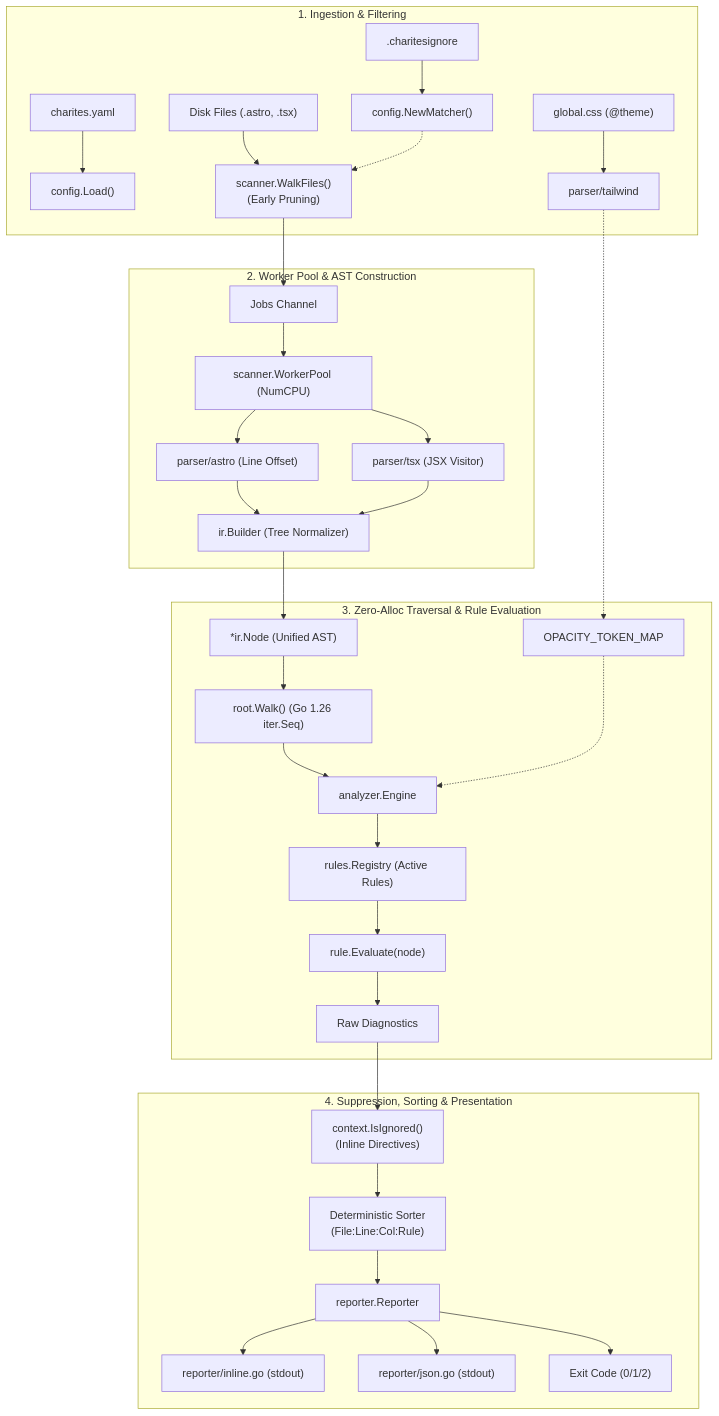
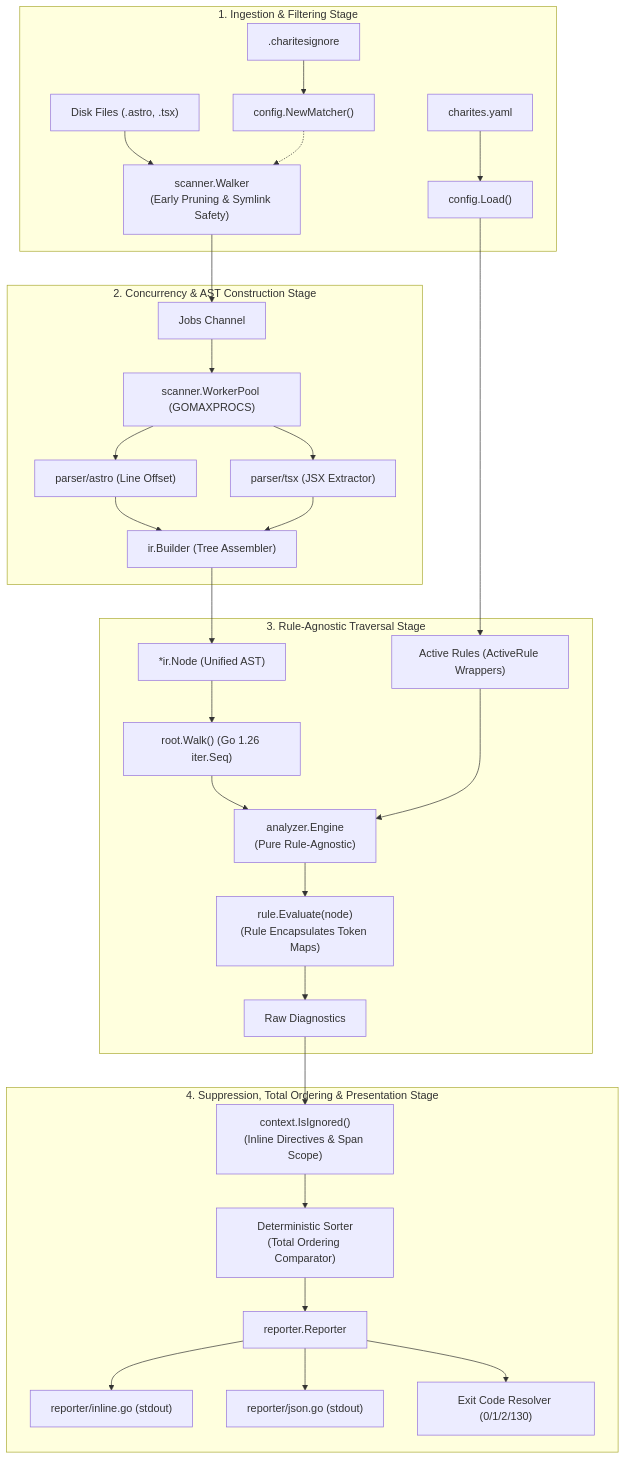
The diagram in docs/02-architecture/06-golden.md (will2469/charites), drawn with Mermaid before and after one commit. The commit also changed other lines of this file and 4 other files, not shown here.

Commit message:
docs(golden): calibrate Phase 6 canonical schema, runtime metadata isolation, and staged pipeline

````diff
--- a/docs/02-architecture/06-golden.md
+++ b/docs/02-architecture/06-golden.md
@@ -16,50 +17,47 @@
 ```mermaid
 flowchart TD
-    subgraph Disk_Ingestion ["1. Ingestion & Filtering"]
+    subgraph Stage1 ["1. Ingestion & Filtering Stage"]
         Files["Disk Files (.astro, .tsx)"]
-        CSS["global.css (@theme)"]
         YAML["charites.yaml"]
         Ignore[".charitesignore"]
 
         YAML --> ConfigEngine["config.Load()"]
         Ignore --> Matcher["config.NewMatcher()"]
-        CSS --> TokenExtractor["parser/tailwind"]
 
-        Files --> Walker["scanner.WalkFiles()\n(Early Pruning)"]
+        Files --> Walker["scanner.Walker\n(Early Pruning & Symlink Safety)"]
         Matcher -.-> Walker
     end
 
-    subgraph Concurrency_Execution ["2. Worker Pool & AST Construction"]
+    subgraph Stage2 ["2. Concurrency & AST Construction Stage"]
         Walker --> JobsQueue["Jobs Channel"]
-        JobsQueue --> Pool["scanner.WorkerPool (NumCPU)"]
+        JobsQueue --> Pool["scanner.WorkerPool (GOMAXPROCS)"]
 
         Pool --> AstroParse["parser/astro (Line Offset)"]
-        Pool --> TSXParse["parser/tsx (JSX Visitor)"]
+        Pool --> TSXParse["parser/tsx (JSX Extractor)"]
 
-        AstroParse --> IRBuilder["ir.Builder (Tree Normalizer)"]
+        AstroParse --> IRBuilder["ir.Builder (Tree Assembler)"]
         TSXParse --> IRBuilder
     end
 
-    subgraph Evaluation_Engine ["3. Zero-Alloc Traversal & Rule Evaluation"]
+    subgraph Stage3 ["3. Rule-Agnostic Traversal Stage"]
         IRBuilder --> Tree["*ir.Node (Unified AST)"]
         Tree --> Iterator["root.Walk() (Go 1.26 iter.Seq)"]
 
-        Iterator --> Dispatcher["analyzer.Engine"]
-        TokenExtractor -.-> TokenMap["OPACITY_TOKEN_MAP"]
-        TokenMap -.-> Dispatcher
+        Iterator --> Engine["analyzer.Engine\n(Pure Rule-Agnostic)"]
+        ConfigEngine --> ActiveRules["Active Rules (ActiveRule Wrappers)"]
+        ActiveRules --> Engine
 
-        Dispatcher --> Rules["rules.Registry (Active Rules)"]
-        Rules --> Evaluate["rule.Evaluate(node)"]
+        Engine --> Evaluate["rule.Evaluate(node)\n(Rule Encapsulates Token Maps)"]
         Evaluate --> RawDiags["Raw Diagnostics"]
     end
 
-    subgraph Suppression_Reporting ["4. Suppression, Sorting & Presentation"]
-        RawDiags --> IgnoreFilter["context.IsIgnored()\n(Inline Directives)"]
-        IgnoreFilter --> Sorter["Deterministic Sorter\n(File:Line:Col:Rule)"]
+    subgraph Stage4 ["4. Suppression, Total Ordering & Presentation Stage"]
+        RawDiags --> IgnoreFilter["context.IsIgnored()\n(Inline Directives & Span Scope)"]
+        IgnoreFilter --> Sorter["Deterministic Sorter\n(Total Ordering Comparator)"]
 
         Sorter --> Reporter["reporter.Reporter"]
         Reporter --> ANSI["reporter/inline.go (stdout)"]
         Reporter --> JSON["reporter/json.go (stdout)"]
-        Reporter --> Exit["Exit Code (0/1/2)"]
+        Reporter --> Exit["Exit Code Resolver (0/1/2/130)"]
     end
 ```
````
